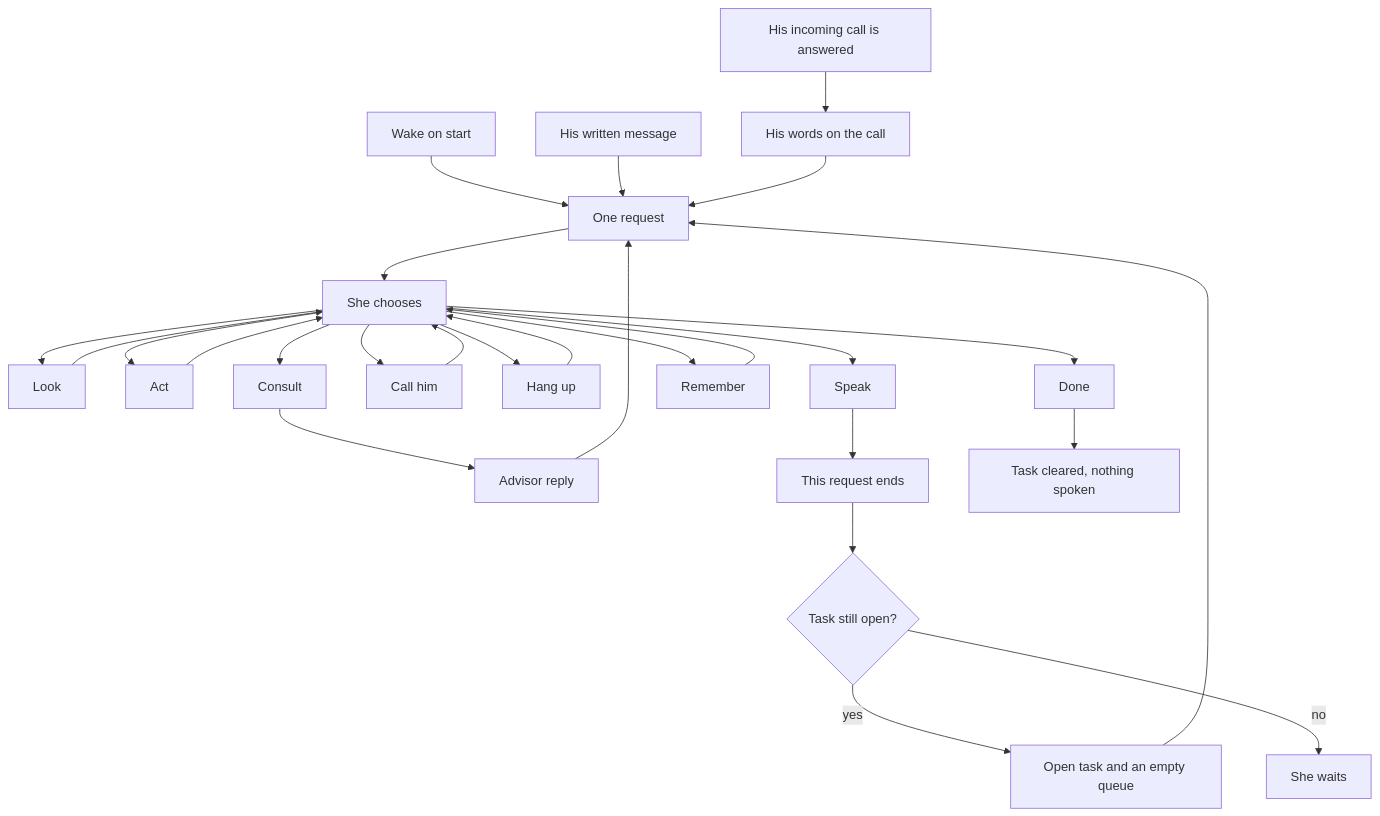
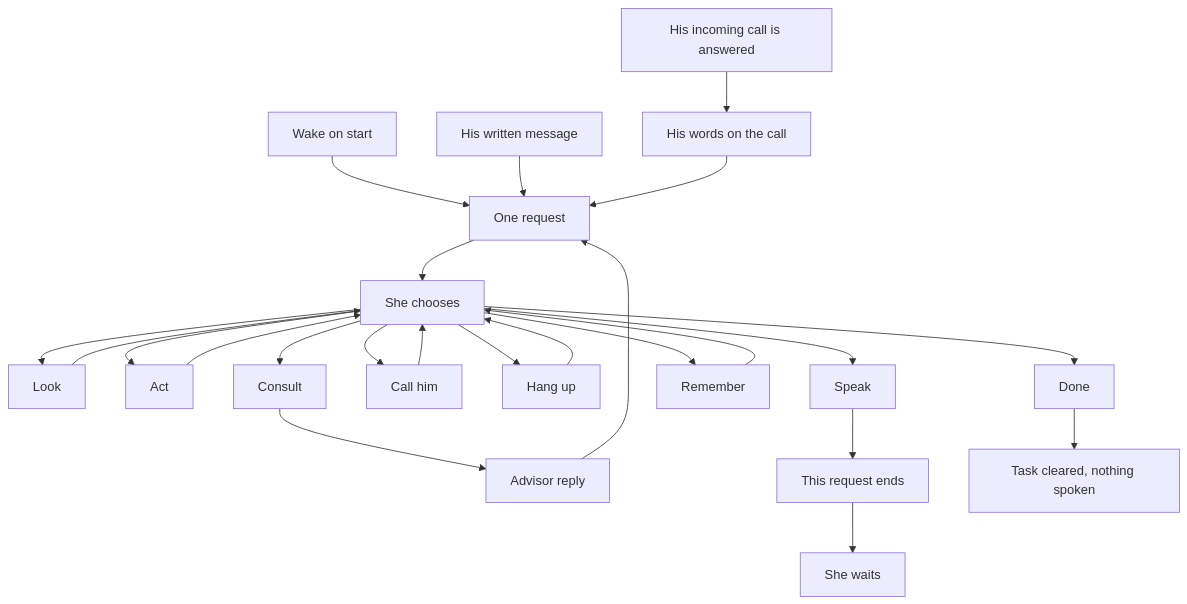
One commit to wgabrys88/Trident changed the first of 3 diagrams in README.md. Above: the diagram before and after it, drawn with Mermaid. The commit also changed other lines of this file and 3 other files, not shown here.

Commit message:
Cap seated calls and stop re-asking an open task.

````diff
--- a/README.md
+++ b/README.md
@@ -9,29 +9,26 @@
 ```mermaid
 flowchart TD
   wake["Wake on start"] --> req["One request"]
   typed["His written message"] --> req
   heard["His words on the call"] --> req
-  idle["Open task and an empty queue"] --> req
   advice["Advisor reply"] --> req
   ring["His incoming call is answered"] --> heard
   req --> decide["She chooses"]
   decide --> look["Look"]
   decide --> act["Act"]
   decide --> speak["Speak"]
   decide --> phone["Call him"]
   decide --> hang["Hang up"]
   decide --> ask["Consult"]
   decide --> note["Remember"]
   decide --> finish["Done"]
   look --> decide
   act --> decide
   note --> decide
   phone --> decide
   ask --> advice
   speak --> ended["This request ends"]
   finish --> cleared["Task cleared, nothing spoken"]
   hang --> decide
-  ended --> still{"Task still open?"}
-  still -->|yes| idle
-  still -->|no| quiet["She waits"]
+  ended --> quiet["She waits"]
 ```
````
